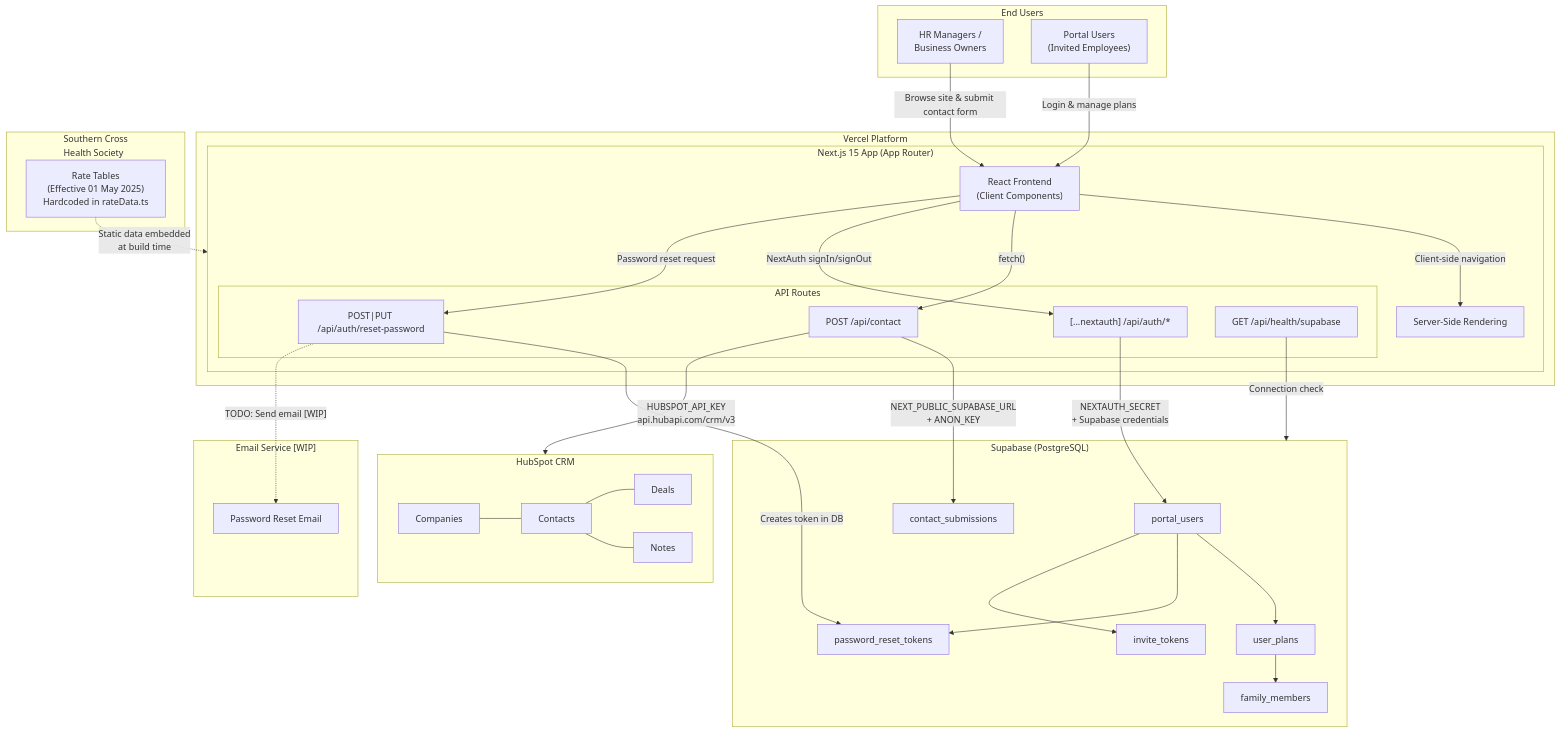
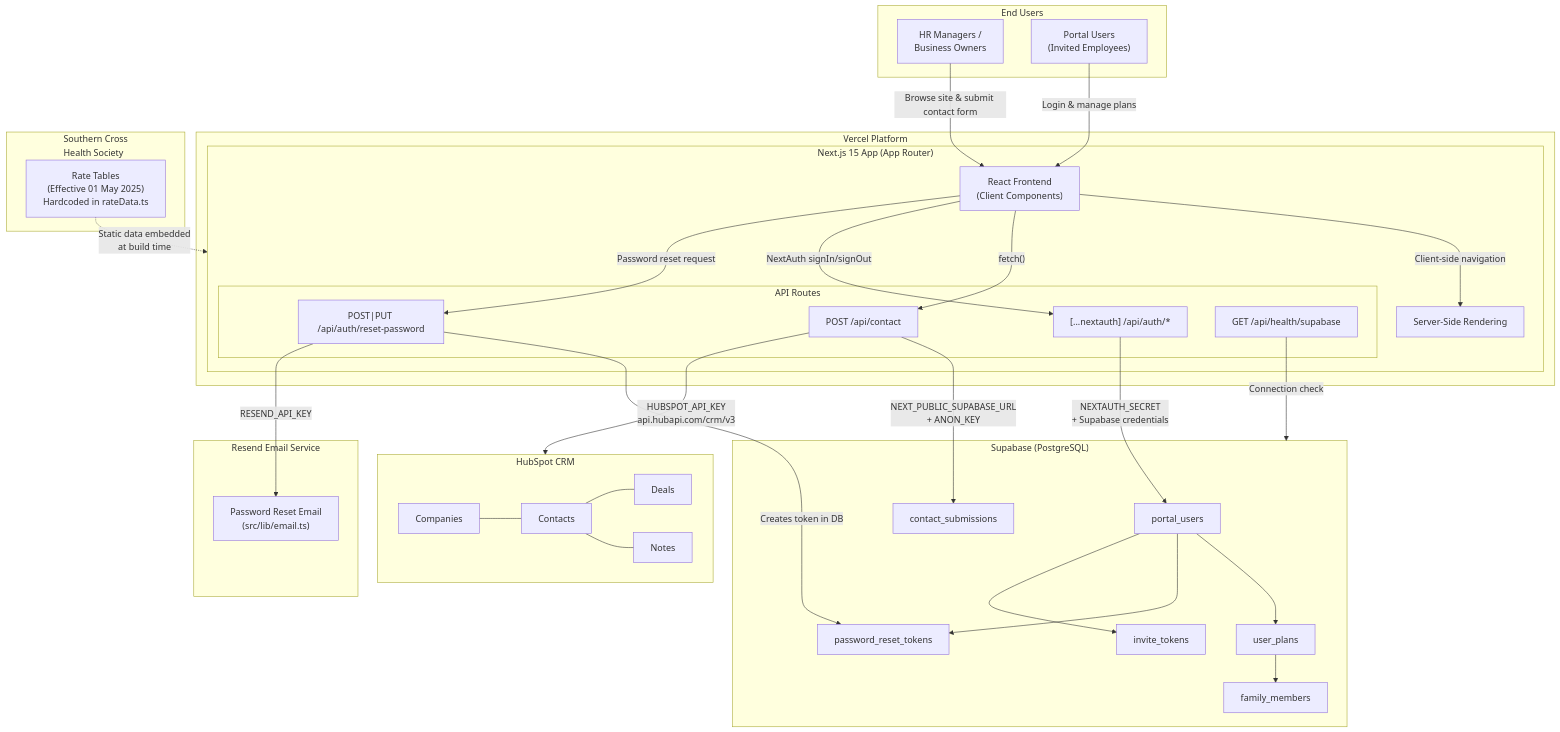
One commit to oliver-mitch/boostwellbeing changed the first of 4 diagrams in ARCHITECTURE.md. Above: the diagram before and after it, drawn with Mermaid. The commit also changed other lines of this file and 6 other files, not shown here.

````diff
--- a/ARCHITECTURE.md
+++ b/ARCHITECTURE.md
@@ -5,76 +5,76 @@
 ```mermaid
 graph TB
     subgraph Users["End Users"]
         HR["HR Managers /<br/>Business Owners"]
         PortalUser["Portal Users<br/>(Invited Employees)"]
     end
 
     subgraph Vercel["Vercel Platform"]
         subgraph NextApp["Next.js 15 App (App Router)"]
             Frontend["React Frontend<br/>(Client Components)"]
             SSR["Server-Side Rendering"]
             subgraph APIRoutes["API Routes"]
                 ContactAPI["POST /api/contact"]
                 AuthAPI["[...nextauth] /api/auth/*"]
                 ResetAPI["POST|PUT /api/auth/reset-password"]
                 HealthAPI["GET /api/health/supabase"]
             end
         end
     end
 
     subgraph Supabase["Supabase (PostgreSQL)"]
         DB_Users["portal_users"]
         DB_Plans["user_plans"]
         DB_Members["family_members"]
         DB_Invites["invite_tokens"]
         DB_Reset["password_reset_tokens"]
         DB_Contact["contact_submissions"]
     end
 
     subgraph HubSpot["HubSpot CRM"]
         HS_Companies["Companies"]
         HS_Contacts["Contacts"]
         HS_Deals["Deals"]
         HS_Notes["Notes"]
     end
 
     subgraph SouthernCross["Southern Cross<br/>Health Society"]
         RateData["Rate Tables<br/>(Effective 01 May 2025)<br/>Hardcoded in rateData.ts"]
     end
 
-    subgraph EmailService["Email Service [WIP]"]
-        EmailSend["Password Reset Email"]
+    subgraph EmailService["Resend Email Service"]
+        EmailSend["Password Reset Email<br/>(src/lib/email.ts)"]
     end
 
     %% User flows
     HR -->|"Browse site & submit contact form"| Frontend
     PortalUser -->|"Login & manage plans"| Frontend
     Frontend -->|"Client-side navigation"| SSR
 
     %% API connections
     Frontend -->|"fetch()"| ContactAPI
     Frontend -->|"NextAuth signIn/signOut"| AuthAPI
     Frontend -->|"Password reset request"| ResetAPI
 
     %% API to external services
     ContactAPI -->|"HUBSPOT_API_KEY<br/>api.hubapi.com/crm/v3"| HubSpot
     ContactAPI -->|"NEXT_PUBLIC_SUPABASE_URL<br/>+ ANON_KEY"| DB_Contact
     AuthAPI -->|"NEXTAUTH_SECRET<br/>+ Supabase credentials"| DB_Users
     ResetAPI -->|"Creates token in DB"| DB_Reset
-    ResetAPI -.->|"TODO: Send email [WIP]"| EmailSend
+    ResetAPI -->|"RESEND_API_KEY"| EmailSend
     HealthAPI -->|"Connection check"| Supabase
 
     %% HubSpot internal associations
     HS_Companies --- HS_Contacts
     HS_Contacts --- HS_Deals
     HS_Contacts --- HS_Notes
 
     %% Data source
     RateData -.->|"Static data embedded<br/>at build time"| NextApp
 
     %% Supabase internal relations
     DB_Users --> DB_Plans
     DB_Plans --> DB_Members
     DB_Users --> DB_Reset
     DB_Users --> DB_Invites
 ```
````
